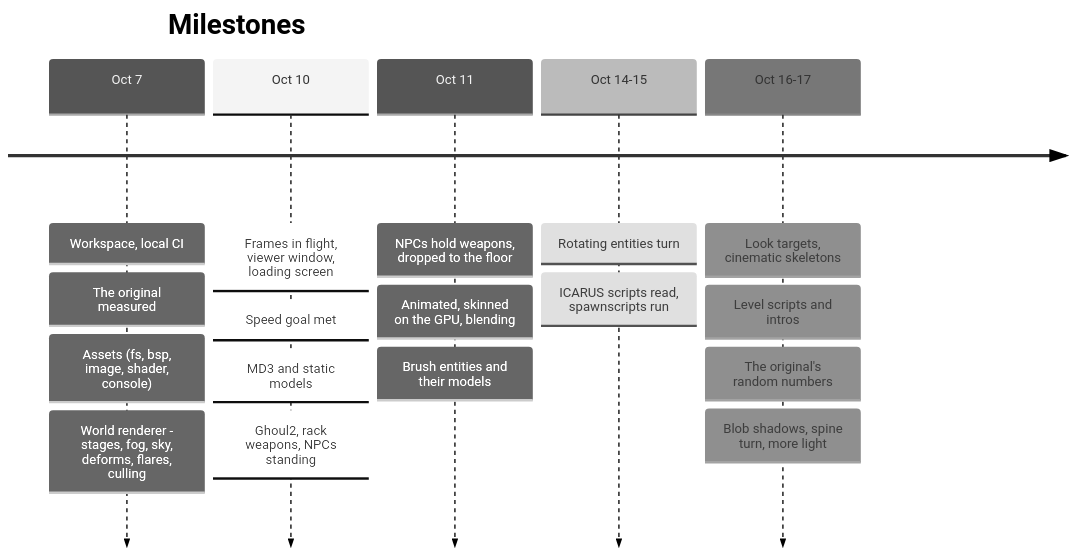
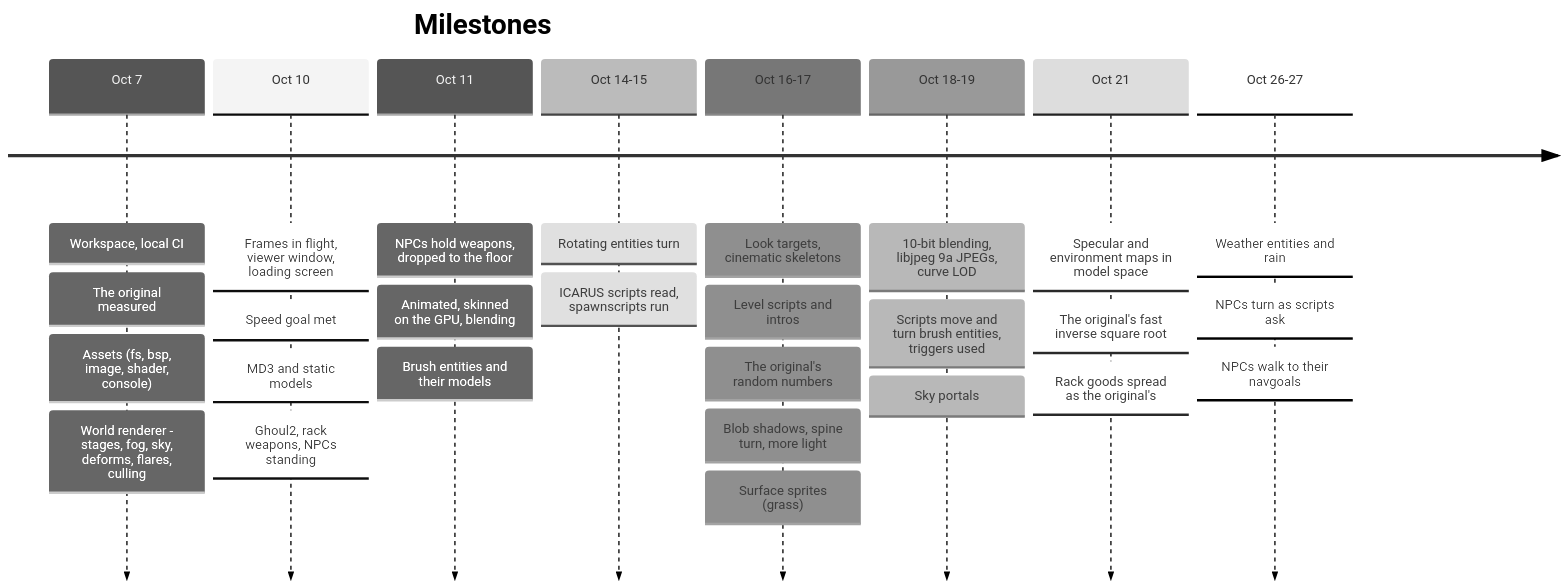
Before and after one commit to cmprssd/swjkja: the fifth of 7 diagrams in docs/OVERVIEW.md, drawn with Mermaid (neutral theme). The commit also changed other lines of this file and 11 other files, not shown here.

````diff
--- a/docs/OVERVIEW.md
+++ b/docs/OVERVIEW.md
@@ -161,9 +175,12 @@
 ```mermaid
 timeline
     title Milestones
     Oct 7 : Workspace, local CI : The original measured : Assets (fs, bsp, image, shader, console) : World renderer - stages, fog, sky, deforms, flares, culling
     Oct 10 : Frames in flight, viewer window, loading screen : Speed goal met : MD3 and static models : Ghoul2, rack weapons, NPCs standing
     Oct 11 : NPCs hold weapons, dropped to the floor : Animated, skinned on the GPU, blending : Brush entities and their models
     Oct 14-15 : Rotating entities turn : ICARUS scripts read, spawnscripts run
-    Oct 16-17 : Look targets, cinematic skeletons : Level scripts and intros : The original's random numbers : Blob shadows, spine turn, more light
+    Oct 16-17 : Look targets, cinematic skeletons : Level scripts and intros : The original's random numbers : Blob shadows, spine turn, more light : Surface sprites (grass)
+    Oct 18-19 : 10-bit blending, libjpeg 9a JPEGs, curve LOD : Scripts move and turn brush entities, triggers used : Sky portals
+    Oct 21 : Specular and environment maps in model space : The original's fast inverse square root : Rack goods spread as the original's
+    Oct 26-27 : Weather entities and rain : NPCs turn as scripts ask : NPCs walk to their navgoals
 ```
````
